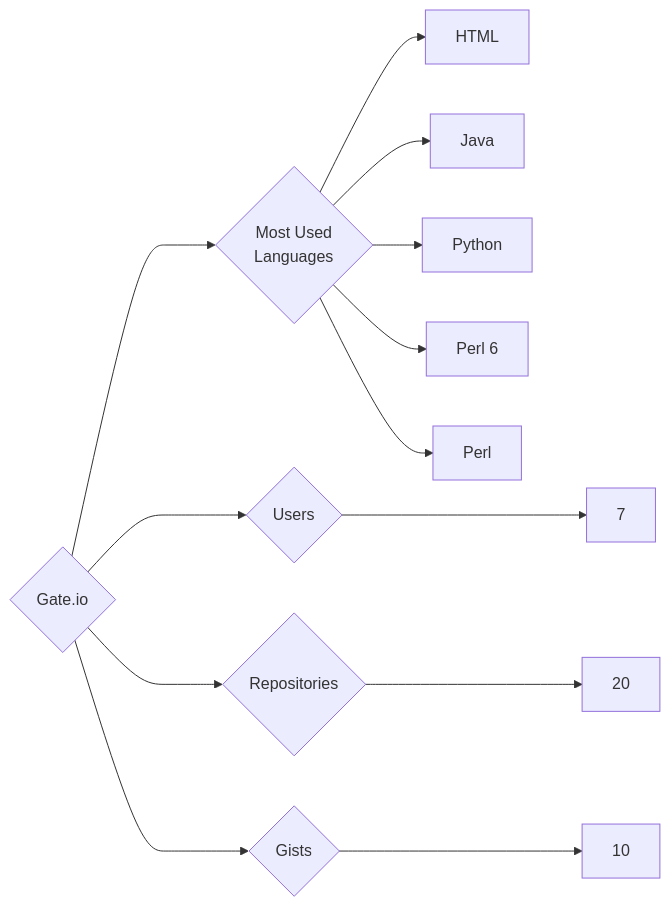
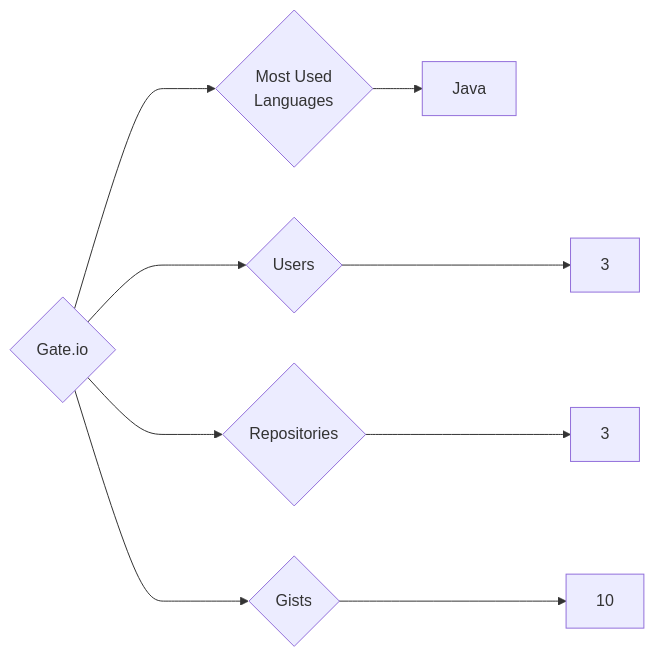
The diagram in targets/Gate.io/README.md (trickest/insiders), drawn with Mermaid before and after one commit. The commit also changed 783 other files, not shown here.

````diff
--- a/targets/Gate.io/README.md
+++ b/targets/Gate.io/README.md
@@ -3,13 +3,9 @@
 ```mermaid
 graph LR
 COMPANY_NAME{Gate.io}
-COMPANY_NAME ---> U{Users} ---> UN[7]
-COMPANY_NAME ---> R{Repositories} ---> RN[20]
+COMPANY_NAME ---> U{Users} ---> UN[3]
+COMPANY_NAME ---> R{Repositories} ---> RN[3]
 COMPANY_NAME ---> G{Gists} ---> GN[10]
 COMPANY_NAME ---> ML{Most Used<br>Languages}
-ML --> HTML[HTML]
 ML --> Java[Java]
-ML --> Python[Python]
-ML --> Perl_6[Perl 6]
-ML --> Perl[Perl]
 ```
````
